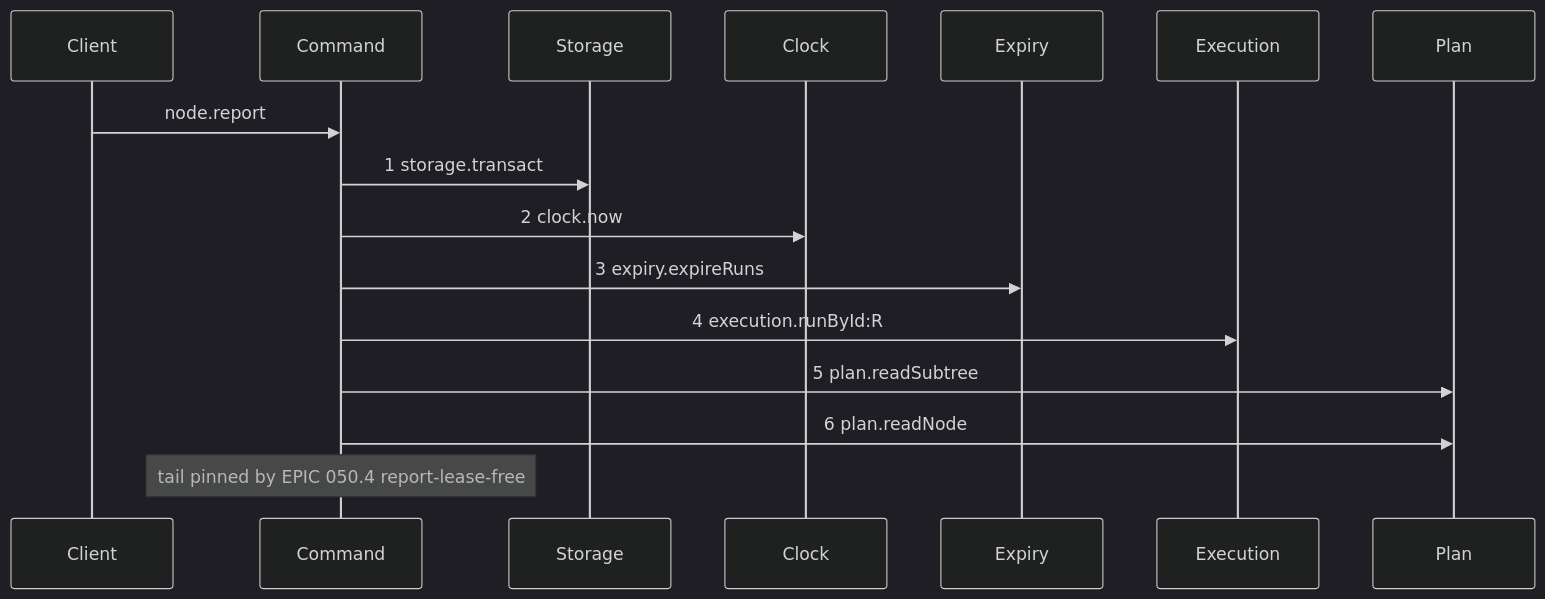
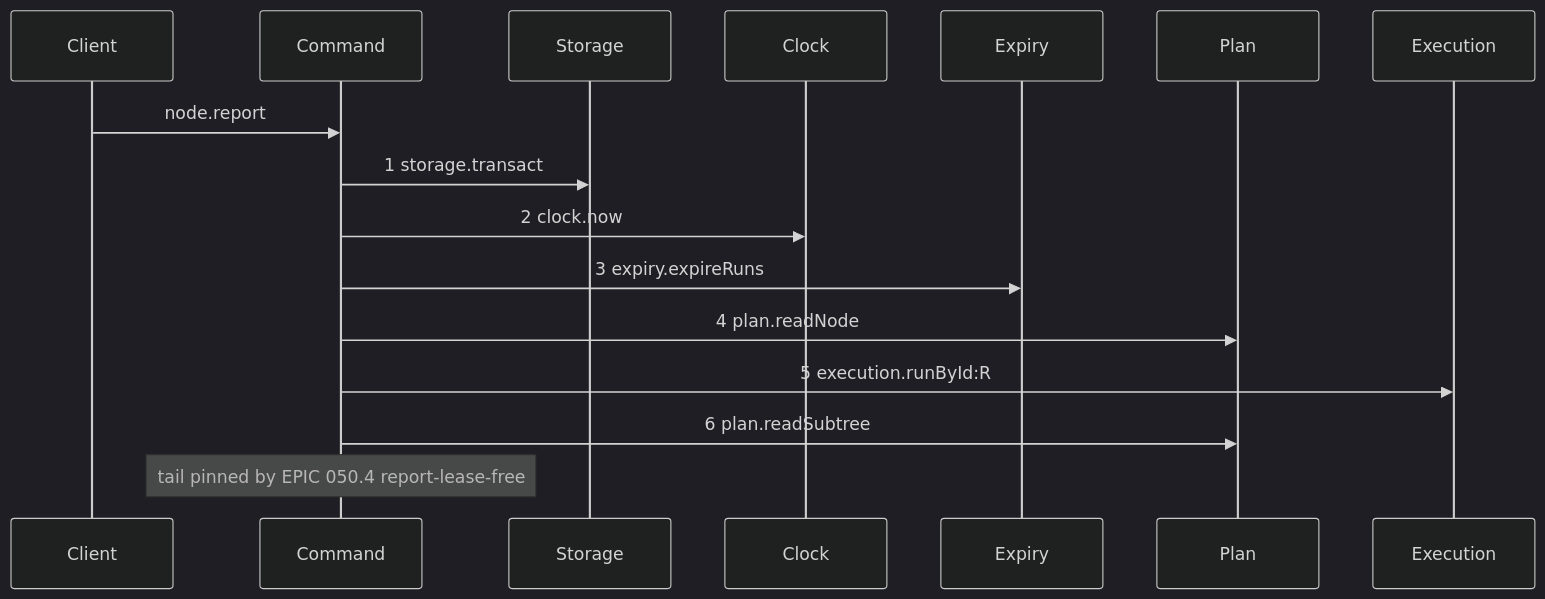
The second of 2 diagrams in .agents/plan/stories/050.2-the-run-renew-release-and-report/06-the-report-prelude.md (kanthorlabs/kanthord-engine), drawn with Mermaid (dark theme) before and after one commit. The commit also changed other lines of this file and 38 other files, not shown here.

````diff
--- a/.agents/plan/stories/050.2-the-run-renew-release-and-report/06-the-report-prelude.md
+++ b/.agents/plan/stories/050.2-the-run-renew-release-and-report/06-the-report-prelude.md
@@ -53,18 +91,18 @@
 ```mermaid
 sequenceDiagram
     participant Client
     participant Command
     participant Storage
     participant Clock
     participant Expiry
+    participant Plan
     participant Execution
-    participant Plan
     Client->>Command: node.report
     Command->>Storage: 1 storage.transact
     Command->>Clock: 2 clock.now
     Command->>Expiry: 3 expiry.expireRuns
-    Command->>Execution: 4 execution.runById:R
-    Command->>Plan: 5 plan.readSubtree
-    Command->>Plan: 6 plan.readNode
+    Command->>Plan: 4 plan.readNode
+    Command->>Execution: 5 execution.runById:R
+    Command->>Plan: 6 plan.readSubtree
     note over Command: tail pinned by EPIC 050.4 report-lease-free
 ```
````
